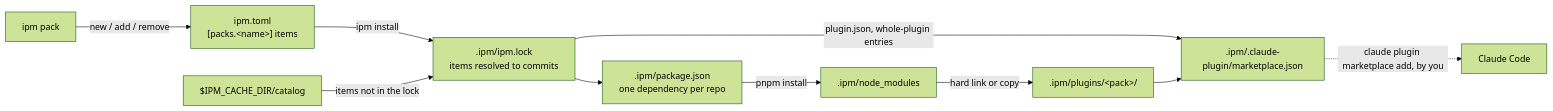
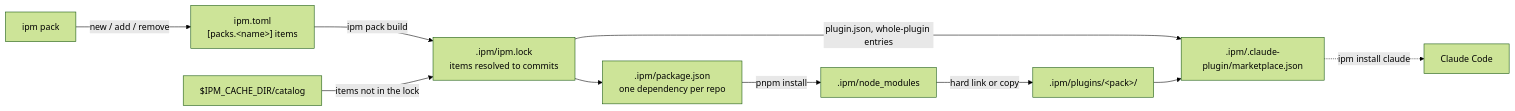
Before and after one commit to thinkjones/intelligent-package-manager: the second of 2 diagrams in docs/architecture.md, drawn with Mermaid (forest theme). The commit also changed other lines of this file and 75 other files, not shown here.

First line of the commit message:
Commands follow the workflow: marketplace, catalog, pack, install claude (#15)

````diff
--- a/docs/architecture.md
+++ b/docs/architecture.md
@@ -102,21 +102,21 @@
 ```mermaid
 flowchart LR
   T["ipm.toml<br/>[packs.&lt;name&gt;] items"]
   CAT["$IPM_CACHE_DIR/catalog"]
   L[".ipm/ipm.lock<br/>items resolved to commits"]
   PJ[".ipm/package.json<br/>one dependency per repo"]
   NM[".ipm/node_modules"]
   PL[".ipm/plugins/&lt;pack&gt;/"]
   MK[".ipm/.claude-plugin/marketplace.json"]
   C["Claude Code"]
 
   PK["ipm pack"] -->|new / add / remove| T
-  T -->|ipm install| L
+  T -->|ipm pack build| L
   CAT -->|items not in the lock| L
   L --> PJ
   PJ -->|pnpm install| NM
   NM -->|hard link or copy| PL
   L -->|plugin.json, whole-plugin entries| MK
   PL --> MK
-  MK -.->|claude plugin marketplace add, by you| C
+  MK -.->|ipm install claude| C
 ```
````
